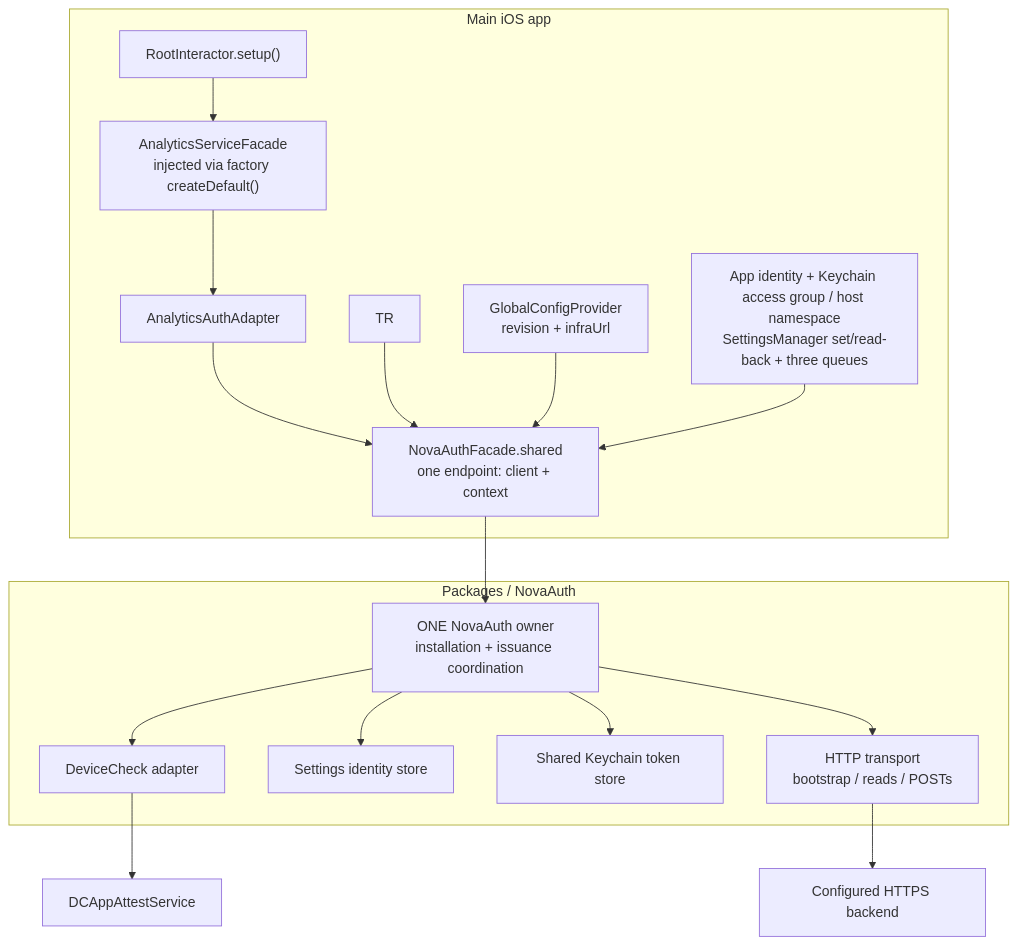
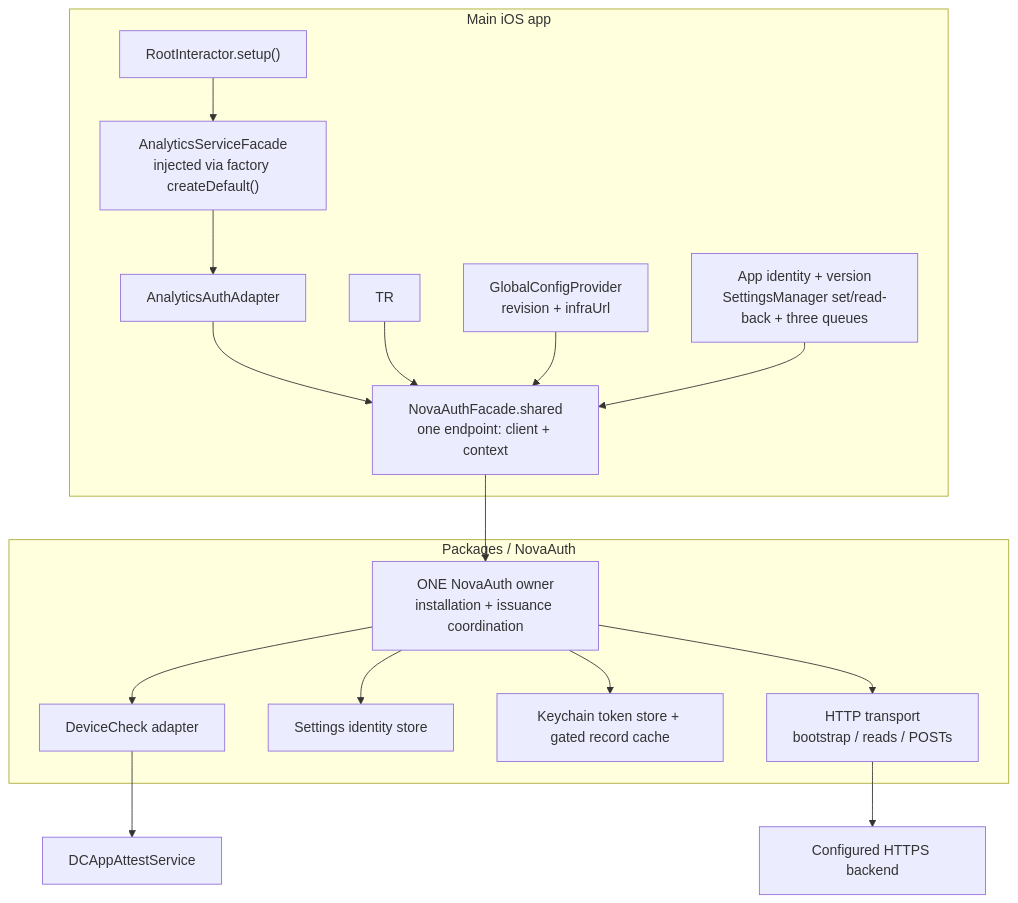
One commit to novasamatech/nova-wallet-ios changed the first of 8 diagrams in .claude/docs/architecture/novaauth-client-diagrams.md. Above: the diagram before and after it, drawn with Mermaid. The commit also changed other lines of this file and 1 other file, not shown here.

Commit message:
document key replacement, envelope grading and the default keychain group

````diff
--- a/.claude/docs/architecture/novaauth-client-diagrams.md
+++ b/.claude/docs/architecture/novaauth-client-diagrams.md
@@ -11,20 +11,20 @@
 ```mermaid
 flowchart TB
   subgraph APP["Main iOS app"]
     ROOT["RootInteractor.setup()"] --> AF["AnalyticsServiceFacade<br/>injected via factory createDefault()"]
     AF --> AA["AnalyticsAuthAdapter"]
     AA --> F["NovaAuthFacade.shared<br/>one endpoint: client + context"]
     TR --> F
     CONFIG["GlobalConfigProvider<br/>revision + infraUrl"] --> F
-    HOST["App identity + Keychain access group / host namespace<br/>SettingsManager set/read-back + three queues"] --> F
+    HOST["App identity + version<br/>SettingsManager set/read-back + three queues"] --> F
   end
   subgraph PACKAGE["Packages / NovaAuth"]
     F --> OWNER["ONE NovaAuth owner<br/>installation + issuance coordination"]
     OWNER --> APPLE["DeviceCheck adapter"]
     OWNER --> STATE["Settings identity store"]
-    OWNER --> TOKEN["Shared Keychain token store"]
+    OWNER --> TOKEN["Keychain token store + gated record cache"]
     OWNER --> HTTP["HTTP transport<br/>bootstrap / reads / POSTs"]
   end
   HTTP --> BACKEND["Configured HTTPS backend"]
   APPLE --> OS["DCAppAttestService"]
 ```
````
